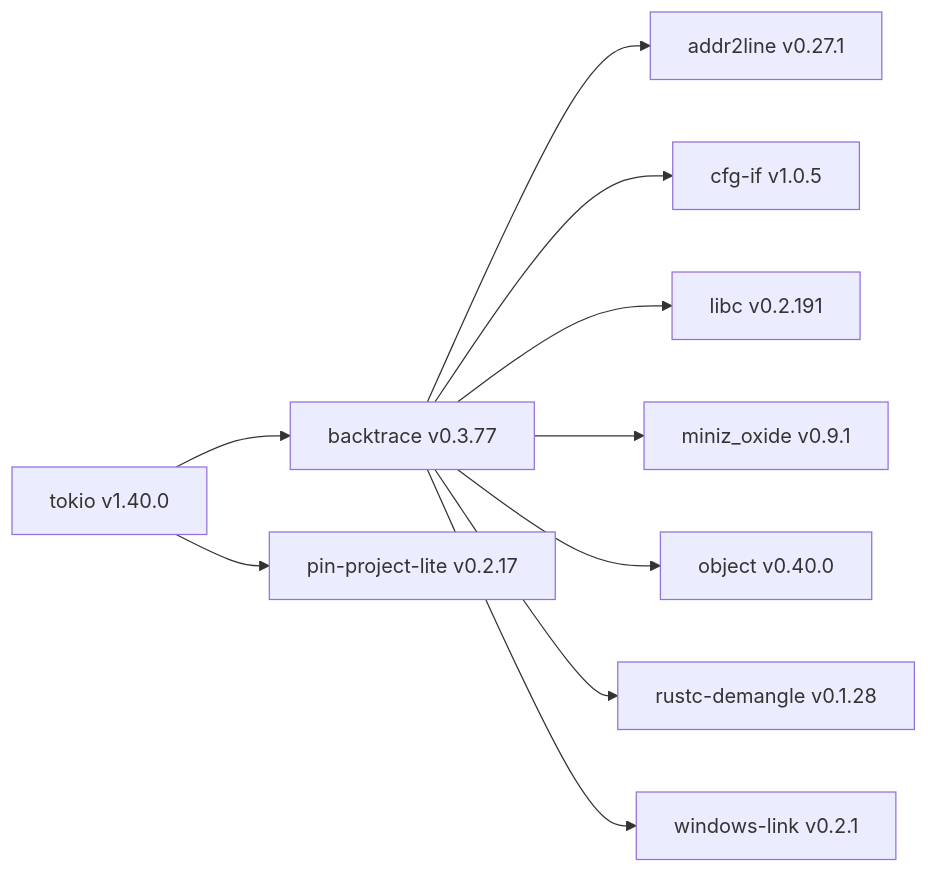
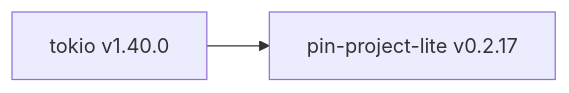
Before and after one commit to Alsheal/-Pract2_configuration_managment-: the diagram in tokio-dependencies.mmd, drawn with Mermaid. The commit also changed 1 other file, not shown here.

```diff
--- a/tokio-dependencies.mmd
+++ b/tokio-dependencies.mmd
@@ -1,20 +1,4 @@
 flowchart LR
     node_0["tokio v1.40.0"]
-    node_1["backtrace v0.3.77"]
-    node_2["addr2line v0.27.1"]
-    node_3["cfg-if v1.0.5"]
-    node_4["libc v0.2.191"]
-    node_5["miniz_oxide v0.9.1"]
-    node_6["object v0.40.0"]
-    node_7["rustc-demangle v0.1.28"]
-    node_8["windows-link v0.2.1"]
-    node_9["pin-project-lite v0.2.17"]
+    node_1["pin-project-lite v0.2.17"]
     node_0 --> node_1
-    node_0 --> node_9
-    node_1 --> node_2
-    node_1 --> node_3
-    node_1 --> node_4
-    node_1 --> node_5
-    node_1 --> node_6
-    node_1 --> node_7
-    node_1 --> node_8
```
